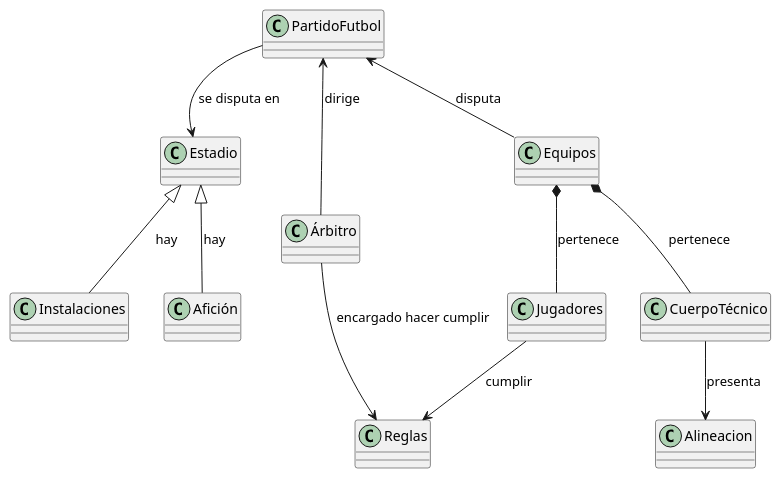
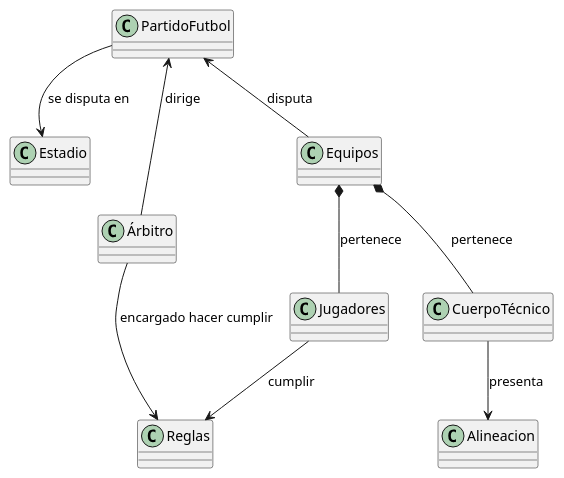
The diagram in actividades/001-futbol/RuizJavier/CódigosUML/diagramaClases.puml (mmasias/IdSw1-22-23), drawn with PlantUML before and after one commit.

```diff
--- a/actividades/001-futbol/RuizJavier/CódigosUML/diagramaClases.puml
+++ b/actividades/001-futbol/RuizJavier/CódigosUML/diagramaClases.puml
@@ -1,17 +1,16 @@
 @startuml
 
 class PartidoFutbol
 
 PartidoFutbol --> Estadio : se disputa en
 PartidoFutbol <-- Árbitro : dirige
 PartidoFutbol <-- Equipos : disputa
 Árbitro --> Reglas : encargado hacer cumplir
-Estadio <|-- Instalaciones : hay
-Estadio <|-- Afición : hay
+
 Equipos *-- Jugadores : pertenece
 Equipos *-- CuerpoTécnico : pertenece
 Jugadores --> Reglas : cumplir
 CuerpoTécnico --> Alineacion : presenta
 
 
 @enduml
```
